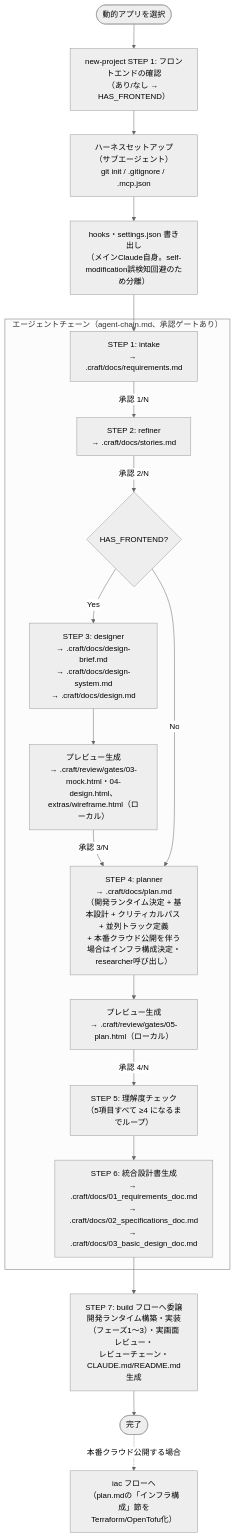
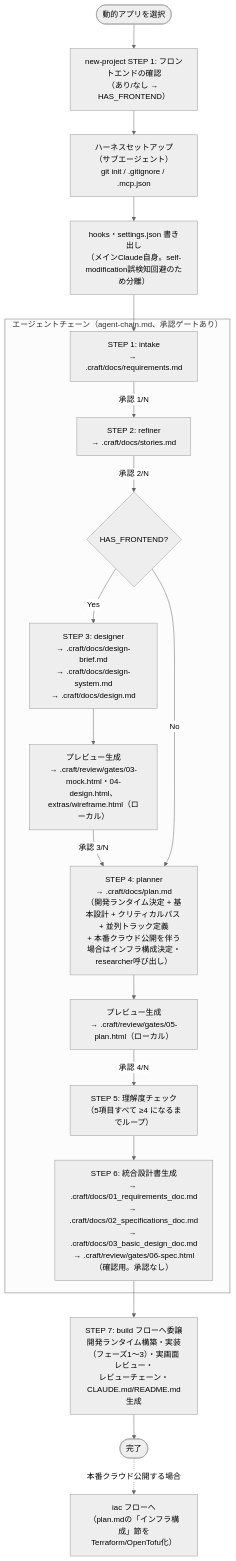
One commit to agaemo/dotfiles changed the diagram in claude/skills/craft/flows/new-project/README.md. Above: the diagram before and after it, drawn with Mermaid (neutral theme). The commit also changed 3 other files, not shown here.

First line of the commit message:
craft: 統合設計書の確認用ページ(gates/06-spec.html)を承認なしでメニューの6番目に載せる

````diff
--- a/claude/skills/craft/flows/new-project/README.md
+++ b/claude/skills/craft/flows/new-project/README.md
@@ -6,37 +6,37 @@
 ```mermaid
 flowchart TD
     START([動的アプリを選択]) --> S0
 
     S0["new-project STEP 1: フロントエンドの確認\n（あり/なし → HAS_FRONTEND）"]
     S0 --> SETUP
 
     SETUP["ハーネスセットアップ\n（サブエージェント）\ngit init / .gitignore / .mcp.json"]
     SETUP --> SETUP2["hooks・settings.json 書き出し\n（メインClaude自身。self-modification誤検知回避のため分離）"]
     SETUP2 --> S1
 
     subgraph DESIGN["エージェントチェーン（agent-chain.md、承認ゲートあり）"]
         S1["STEP 1: intake\n→ .craft/docs/requirements.md"]
         S1 -->|承認 1/N| S2
         S2["STEP 2: refiner\n→ .craft/docs/stories.md"]
         S2 -->|承認 2/N| S3_CHECK
 
         S3_CHECK{HAS_FRONTEND?}
         S3_CHECK -->|Yes| S3["STEP 3: designer\n→ .craft/docs/design-brief.md\n→ .craft/docs/design-system.md\n→ .craft/docs/design.md"]
         S3 --> S3P["プレビュー生成\n→ .craft/review/gates/03-mock.html・04-design.html、extras/wireframe.html（ローカル）"]
         S3P -->|承認 3/N| S4
         S3_CHECK -->|No| S4
 
         S4["STEP 4: planner\n→ .craft/docs/plan.md\n（開発ランタイム決定 + 基本設計 + クリティカルパス + 並列トラック定義\n+ 本番クラウド公開を伴う場合はインフラ構成決定・researcher呼び出し）"]
         S4 --> S4P["プレビュー生成\n→ .craft/review/gates/05-plan.html（ローカル）"]
         S4P -->|承認 4/N| S45
         S45["STEP 5: 理解度チェック\n（5項目すべて ≥4 になるまでループ）"]
         S45 --> S5
     end
 
-    S5["STEP 6: 統合設計書生成\n→ .craft/docs/01_requirements_doc.md\n→ .craft/docs/02_specifications_doc.md\n→ .craft/docs/03_basic_design_doc.md"]
+    S5["STEP 6: 統合設計書生成\n→ .craft/docs/01_requirements_doc.md\n→ .craft/docs/02_specifications_doc.md\n→ .craft/docs/03_basic_design_doc.md\n→ .craft/review/gates/06-spec.html（確認用。承認なし）"]
     S5 --> S6
 
     S6["STEP 7: build フローへ委譲\n開発ランタイム構築・実装（フェーズ1〜3）・実画面レビュー・\nレビューチェーン・CLAUDE.md/README.md生成"]
     S6 --> END([完了])
     END -.->|本番クラウド公開する場合| IAC["iac フローへ\n（plan.mdの「インフラ構成」節をTerraform/OpenTofu化）"]
 ```
````
